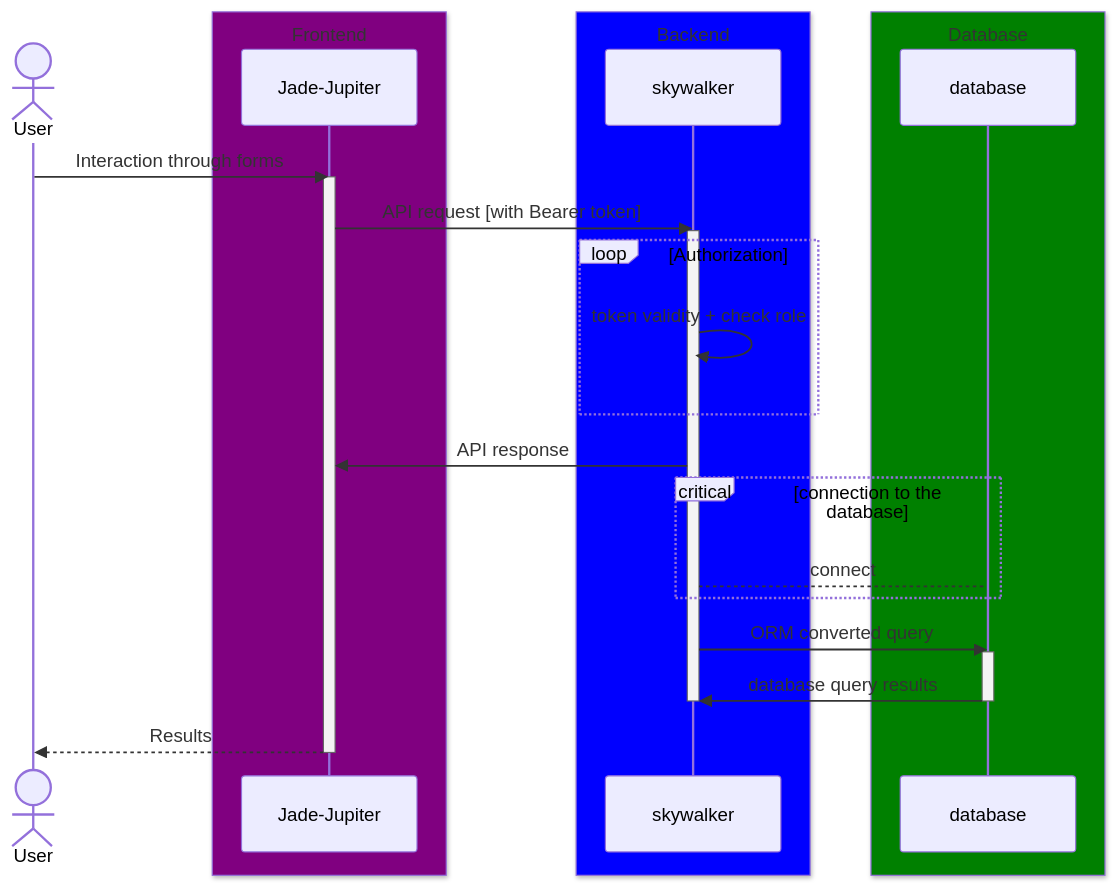
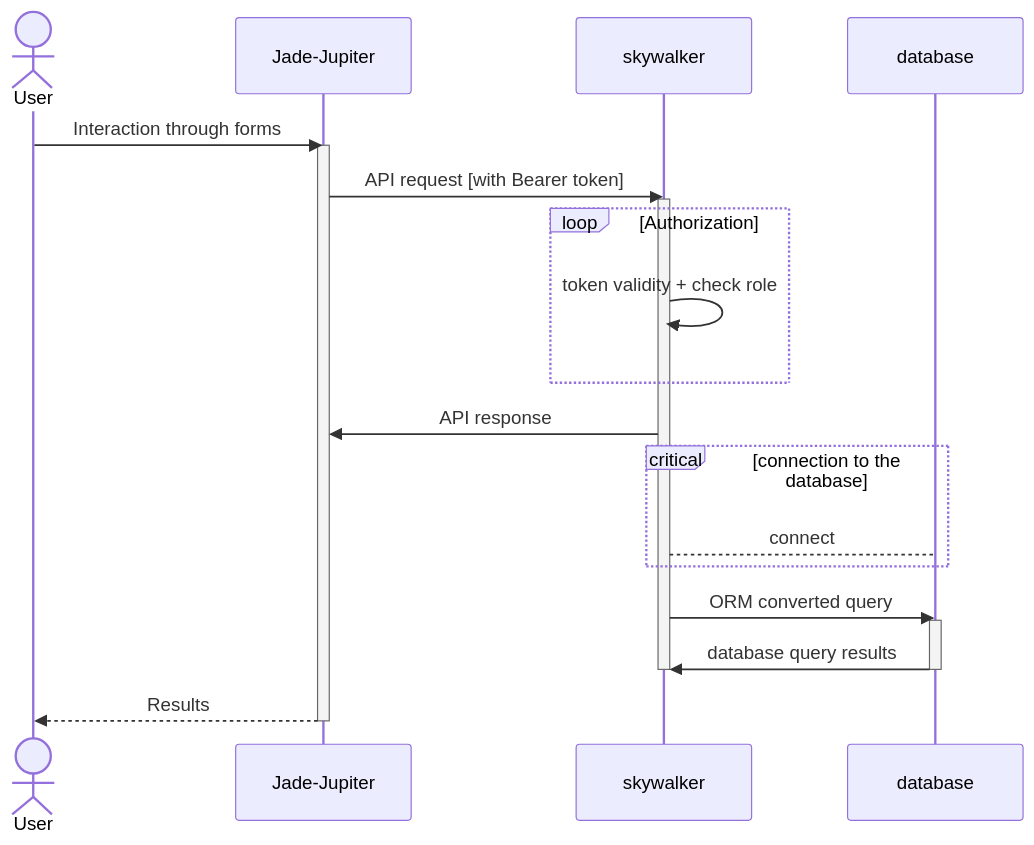
One commit to outer-rim/.github changed the diagram in profile/README.md. Above: the diagram before and after it, drawn with Mermaid.

Commit message:
remove mermaid boxes

````diff
--- a/profile/README.md
+++ b/profile/README.md
@@ -11,31 +11,22 @@
 ```mermaid
 sequenceDiagram;
 actor User;
-box Purple Frontend;
-participant Jade-Jupiter;
-end;
-box Blue Backend;
-participant skywalker;
-end;
-box Green Database;
-participant database;
-end;
 User->>Jade-Jupiter: Interaction through forms;
 activate Jade-Jupiter;
 Jade-Jupiter->>skywalker: API request [with Bearer token];
 activate skywalker;
 loop Authorization;
     skywalker->>skywalker: token validity + check role;
 end;
 skywalker->>Jade-Jupiter: API response;
 critical connection to the database;
     skywalker-->database: connect;
 end;
 skywalker->>database: ORM converted query;
 activate database;
 database->>skywalker: database query results;
 deactivate database;
 deactivate skywalker;
 Jade-Jupiter-->>User: Results;
 deactivate Jade-Jupiter;
 ```
````
